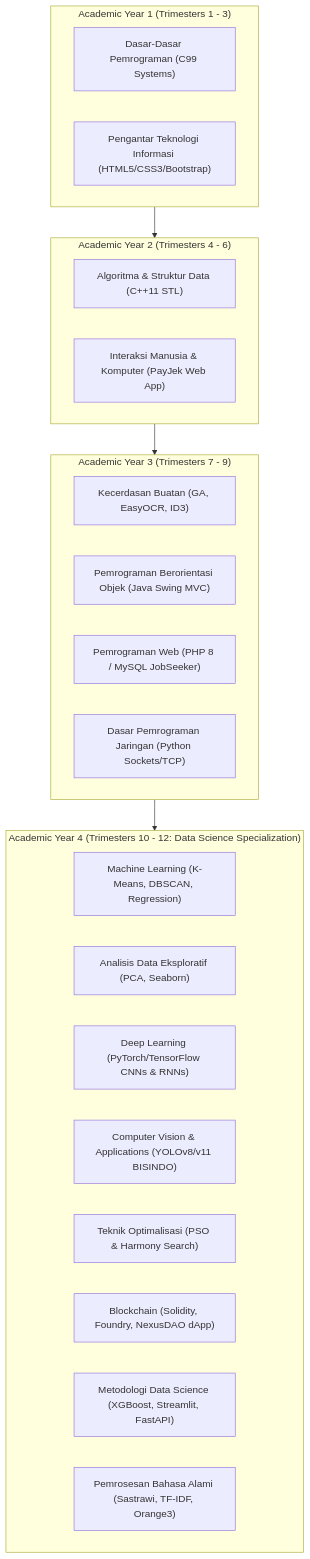
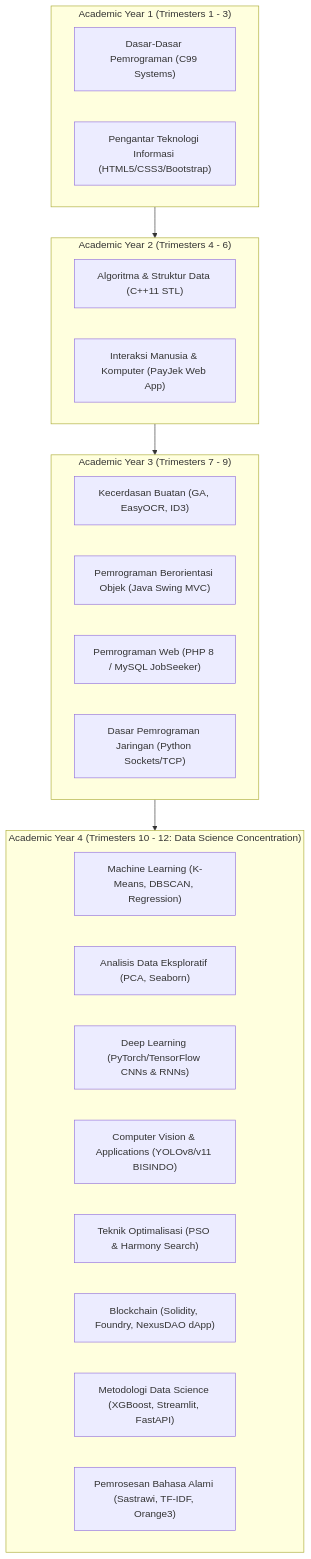
Before and after one commit to MarchellProGit/ChellAcademicHistory: the diagram in README.md, drawn with Mermaid. The commit also changed other lines of this file and 22 other files, not shown here.

Commit message:
docs(readme): purge emoticons, set Teknik Informatika degree & Data Science specialization, center badges

````diff
--- a/README.md
+++ b/README.md
@@ -40,32 +40,32 @@
 ```mermaid
 flowchart TD
-    subgraph Year1["Academic Year 1 (Trimesters 1 - 3)"]
-        DDP["Dasar-Dasar Pemrograman (C99 Systems)"]
-        PTI["Pengantar Teknologi Informasi (HTML5/CSS3/Bootstrap)"]
-    end
+ subgraph Year1["Academic Year 1 (Trimesters 1 - 3)"]
+ DDP["Dasar-Dasar Pemrograman (C99 Systems)"]
+ PTI["Pengantar Teknologi Informasi (HTML5/CSS3/Bootstrap)"]
+ end
 
-    subgraph Year2["Academic Year 2 (Trimesters 4 - 6)"]
-        ASD["Algoritma & Struktur Data (C++11 STL)"]
-        IMK["Interaksi Manusia & Komputer (PayJek Web App)"]
-    end
+ subgraph Year2["Academic Year 2 (Trimesters 4 - 6)"]
+ ASD["Algoritma & Struktur Data (C++11 STL)"]
+ IMK["Interaksi Manusia & Komputer (PayJek Web App)"]
+ end
 
-    subgraph Year3["Academic Year 3 (Trimesters 7 - 9)"]
-        AI["Kecerdasan Buatan (GA, EasyOCR, ID3)"]
-        PBO["Pemrograman Berorientasi Objek (Java Swing MVC)"]
-        PW["Pemrograman Web (PHP 8 / MySQL JobSeeker)"]
-        DPJ["Dasar Pemrograman Jaringan (Python Sockets/TCP)"]
-    end
+ subgraph Year3["Academic Year 3 (Trimesters 7 - 9)"]
+ AI["Kecerdasan Buatan (GA, EasyOCR, ID3)"]
+ PBO["Pemrograman Berorientasi Objek (Java Swing MVC)"]
+ PW["Pemrograman Web (PHP 8 / MySQL JobSeeker)"]
+ DPJ["Dasar Pemrograman Jaringan (Python Sockets/TCP)"]
+ end
 
-    subgraph Year4["Academic Year 4 (Trimesters 10 - 12: Data Science Specialization)"]
-        ML["Machine Learning (K-Means, DBSCAN, Regression)"]
-        EDA["Analisis Data Eksploratif (PCA, Seaborn)"]
-        DL["Deep Learning (PyTorch/TensorFlow CNNs & RNNs)"]
-        CVA["Computer Vision & Applications (YOLOv8/v11 BISINDO)"]
-        TO["Teknik Optimalisasi (PSO & Harmony Search)"]
-        BC["Blockchain (Solidity, Foundry, NexusDAO dApp)"]
-        MDS["Metodologi Data Science (XGBoost, Streamlit, FastAPI)"]
-        NLP["Pemrosesan Bahasa Alami (Sastrawi, TF-IDF, Orange3)"]
-    end
+ subgraph Year4["Academic Year 4 (Trimesters 10 - 12: Data Science Concentration)"]
+ ML["Machine Learning (K-Means, DBSCAN, Regression)"]
+ EDA["Analisis Data Eksploratif (PCA, Seaborn)"]
+ DL["Deep Learning (PyTorch/TensorFlow CNNs & RNNs)"]
+ CVA["Computer Vision & Applications (YOLOv8/v11 BISINDO)"]
+ TO["Teknik Optimalisasi (PSO & Harmony Search)"]
+ BC["Blockchain (Solidity, Foundry, NexusDAO dApp)"]
+ MDS["Metodologi Data Science (XGBoost, Streamlit, FastAPI)"]
+ NLP["Pemrosesan Bahasa Alami (Sastrawi, TF-IDF, Orange3)"]
+ end
 
-    Year1 --> Year2 --> Year3 --> Year4
+ Year1 --> Year2 --> Year3 --> Year4
 ```
````
